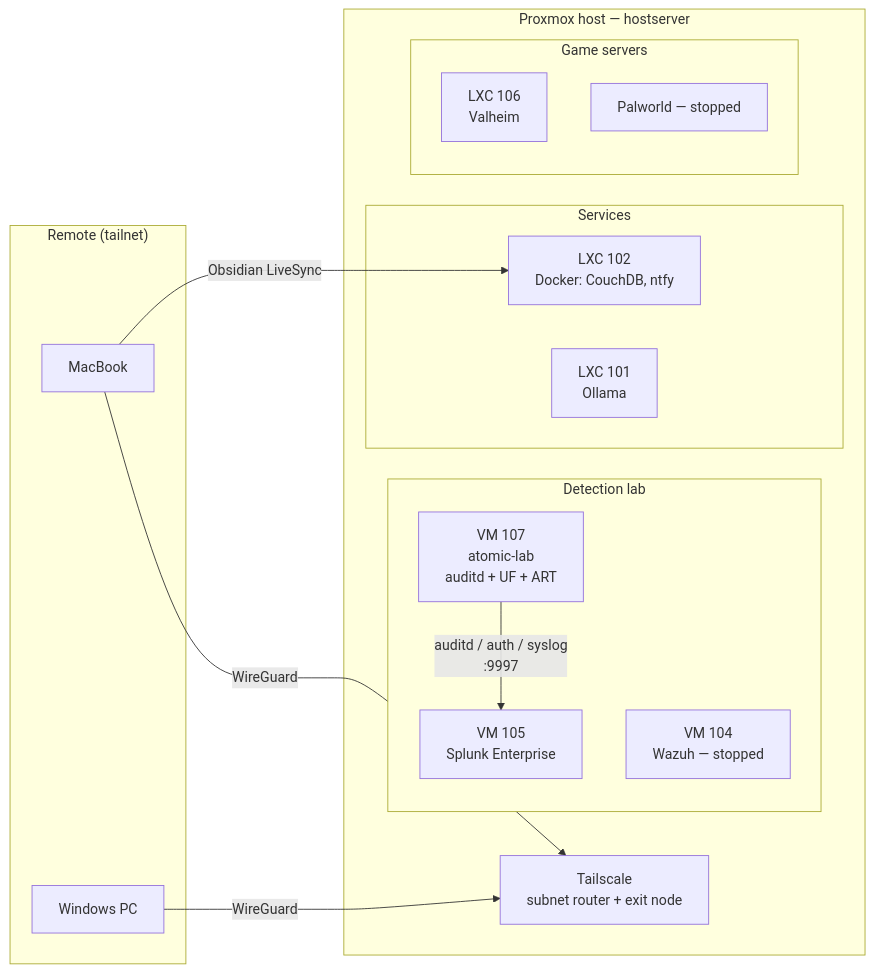
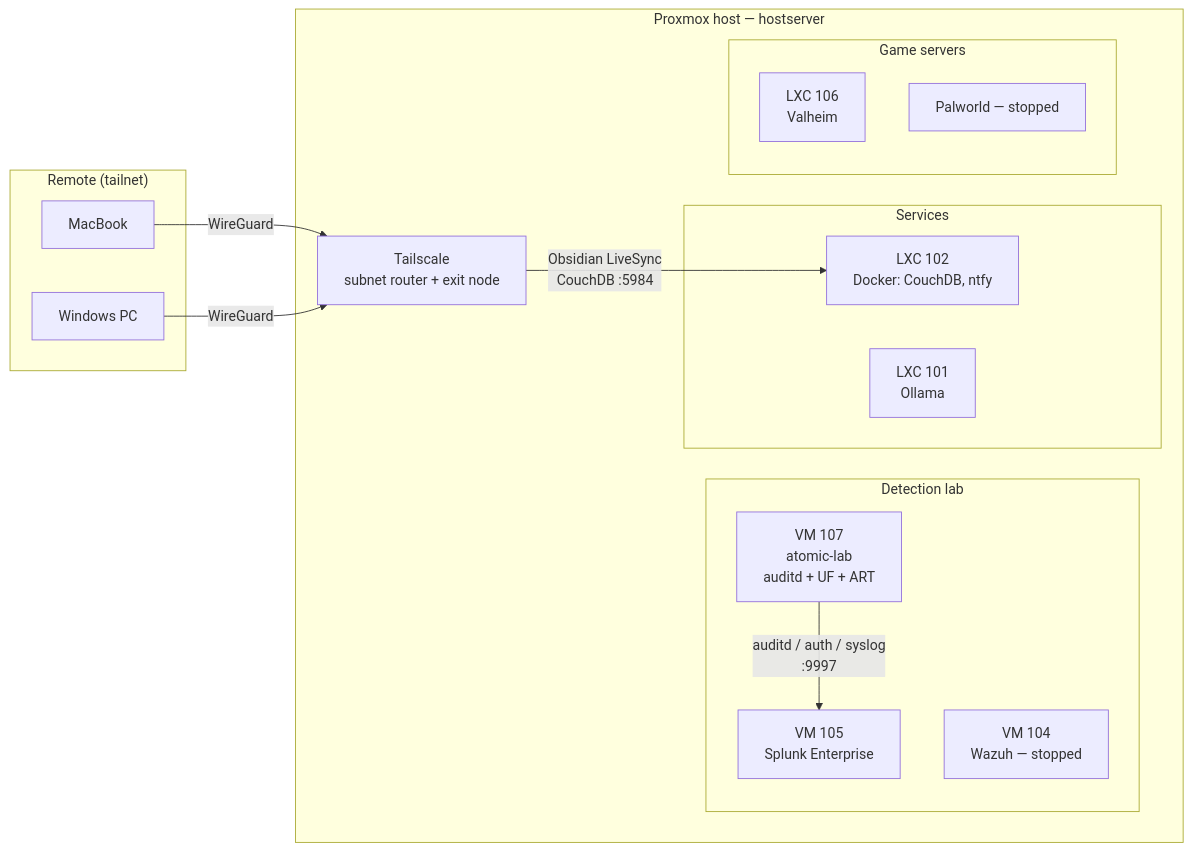
The diagram in README.md (LEFTSHARK3808/Homelab), drawn with Mermaid before and after one commit.

Commit message:
Fix overlapping labels in architecture diagram
Route Obsidian LiveSync through the Tailscale node instead of drawing a
second edge from the MacBook, which stacked its label on the WireGuard one.

Claude-Session: https://claude.ai/code/session_01CTMiowvpyv2Mhpreei5RSp

````diff
--- a/README.md
+++ b/README.md
@@ -21,32 +21,32 @@
 ```mermaid
 flowchart LR
     subgraph Remote["Remote (tailnet)"]
         MAC[MacBook]
         WIN[Windows PC]
     end
 
     subgraph Host["Proxmox host — hostserver"]
         TS[Tailscale<br/>subnet router + exit node]
 
         subgraph Security["Detection lab"]
             SPLUNK[VM 105<br/>Splunk Enterprise]
             ATOMIC[VM 107<br/>atomic-lab<br/>auditd + UF + ART]
             WAZUH[VM 104<br/>Wazuh — stopped]
         end
 
         subgraph Services["Services"]
             DOCKER[LXC 102<br/>Docker: CouchDB, ntfy]
             OLLAMA[LXC 101<br/>Ollama]
         end
 
         subgraph Games["Game servers"]
             VALHEIM[LXC 106<br/>Valheim]
             PAL[Palworld — stopped]
         end
     end
 
     MAC -- WireGuard --> TS
     WIN -- WireGuard --> TS
     ATOMIC -- "auditd / auth / syslog<br/>:9997" --> SPLUNK
-    MAC -- "Obsidian LiveSync" --> DOCKER
+    TS -- "Obsidian LiveSync<br/>CouchDB :5984" --> DOCKER
 ```
````
